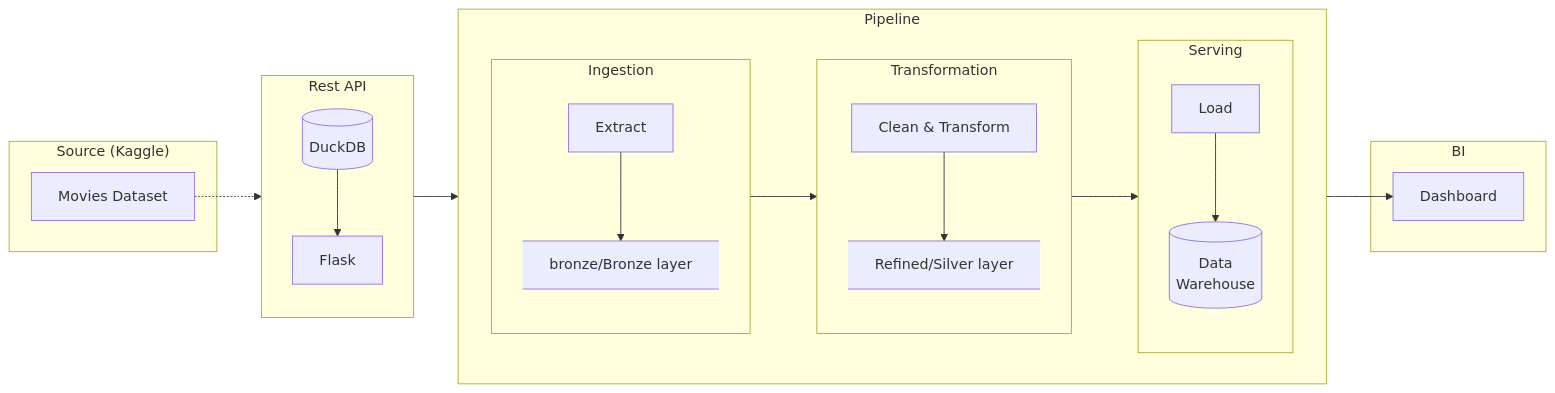
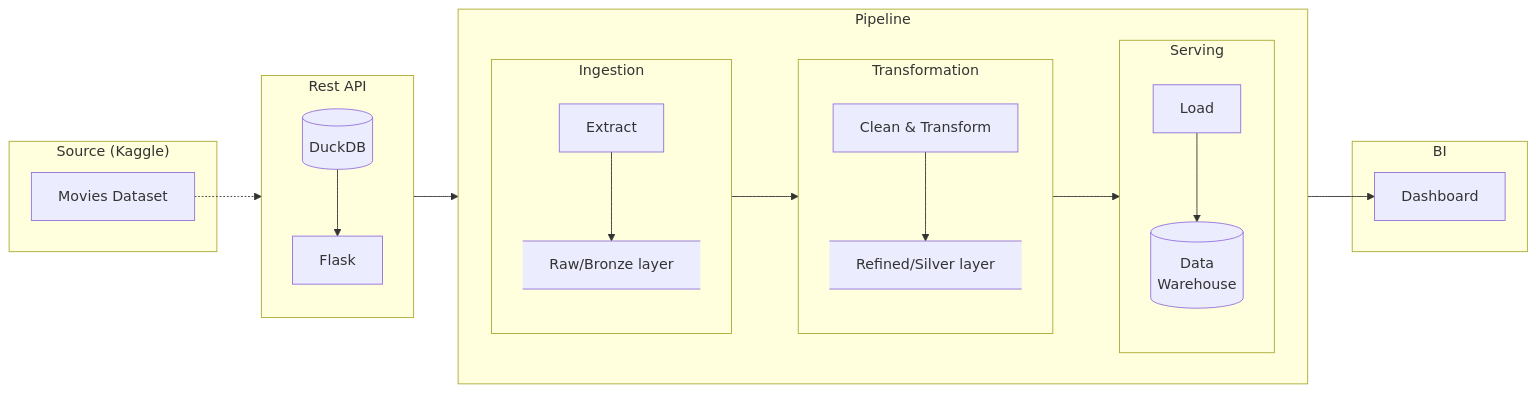
The diagram in README.md (QuentinElGuay/portfolio-movies-etl), drawn with Mermaid before and after one commit.

````diff
--- a/README.md
+++ b/README.md
@@ -36,49 +36,49 @@
 ```mermaid
 flowchart LR
     subgraph "Source (Kaggle)"
         A[Movies Dataset]
     end
 
     subgraph Rest API
         direction TB
         B[(DuckDB)]
         C[Flask]
     end
 
     subgraph Pipeline
         direction LR
 
         subgraph Ingestion
             direction TB
             D["Extract"]
-            E@{shape: datastore, label: "bronze/Bronze layer"}
+            E@{shape: datastore, label: "Raw/Bronze layer"}
         end
 
         subgraph Transformation
             direction TB
             F["Clean & Transform"]
             G@{shape: datastore, label: "Refined/Silver layer"}
         end
 
         subgraph Serving
             direction TB
             H["Load"]
             I[(Data
             Warehouse)]
         end
     end
 
     subgraph BI
         J[Dashboard]
     end
 
     A -.-> B
     B --> C
     C --> D
     D --> E
     E --> F
     F --> G
     G --> H
     H --> I
     I --> J
 ```
````
